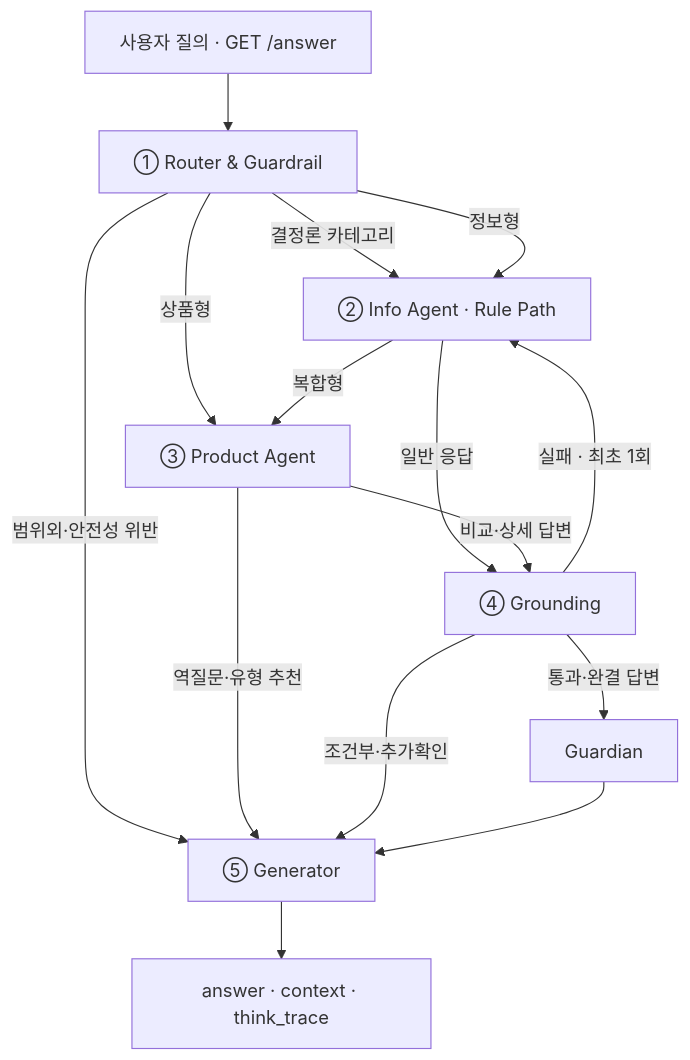
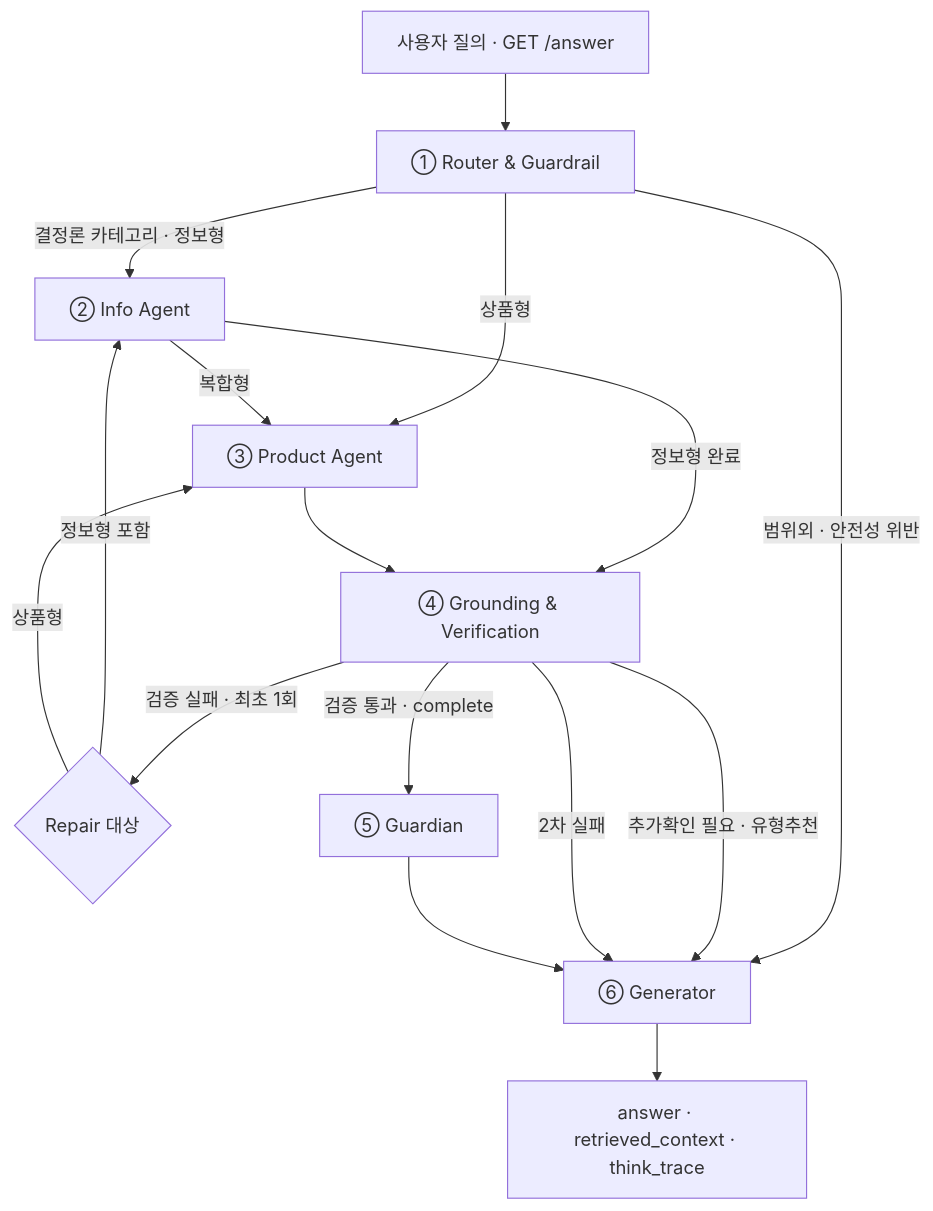
One commit to jinuuuuuuuuuuu/test1 changed the diagram in README.md. Above: the diagram before and after it, drawn with Mermaid. The commit also changed other lines of this file, not shown here.

````diff
--- a/README.md
+++ b/README.md
@@ -91,17 +84,23 @@
 ```mermaid
 flowchart TD
     A[사용자 질의 · GET /answer] --> B[① Router & Guardrail]
-    B -->|범위외·안전성 위반| G[⑤ Generator]
-    B -->|결정론 카테고리| C[② Info Agent · Rule Path]
-    B -->|정보형| C
+
+    B -->|범위외 · 안전성 위반| G[⑥ Generator]
+    B -->|결정론 카테고리 · 정보형| C[② Info Agent]
     B -->|상품형| D[③ Product Agent]
+
     C -->|복합형| D
-    C -->|일반 응답| E[④ Grounding]
-    D -->|비교·상세 답변| E
-    D -->|역질문·유형 추천| G
-    E -->|실패 · 최초 1회| C
-    E -->|통과·완결 답변| F[Guardian]
-    E -->|조건부·추가확인| G
+    C -->|정보형 완료| E[④ Grounding & Verification]
+    D --> E
+
+    E -->|검증 실패 · 최초 1회| R{Repair 대상}
+    R -->|정보형 포함| C
+    R -->|상품형| D
+
+    E -->|추가확인 필요 · 유형추천| G
+    E -->|검증 통과 · complete| F[⑤ Guardian]
+    E -->|2차 실패| G
+
     F --> G
-    G --> H[answer · context · think_trace]
+    G --> H[answer · retrieved_context · think_trace]
 ```
````
